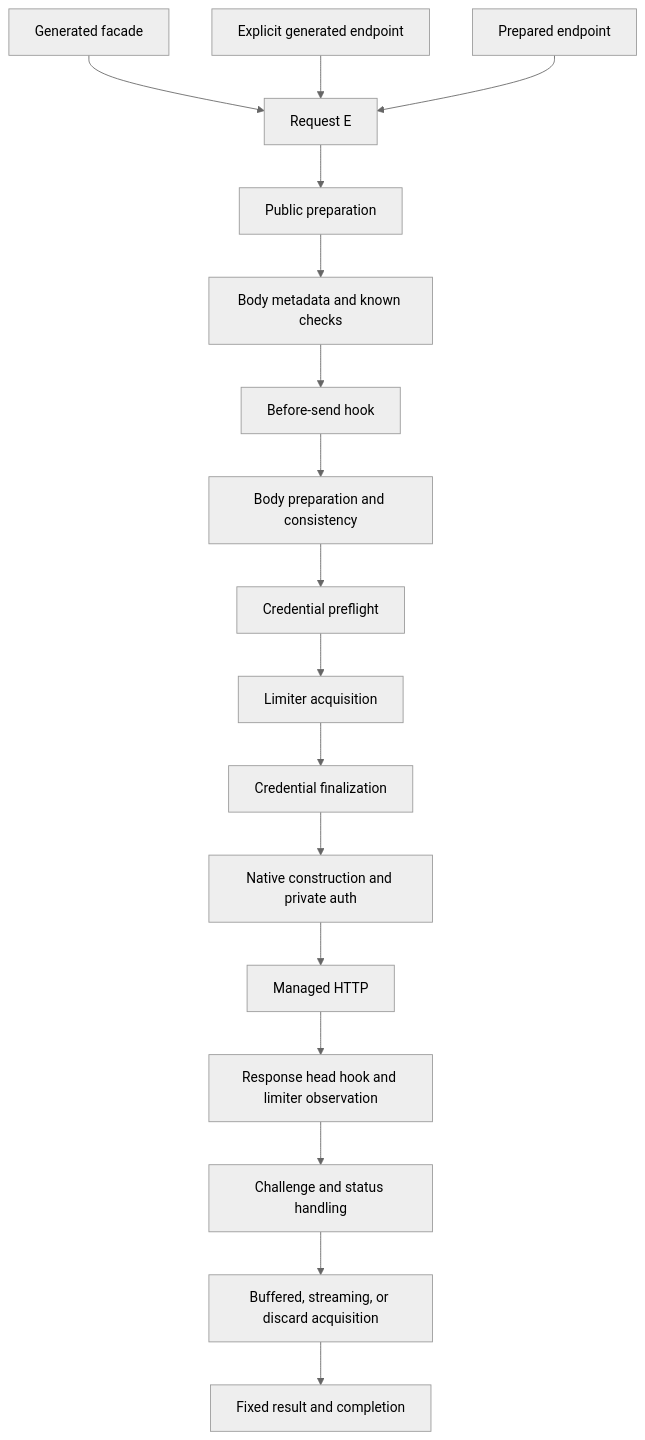
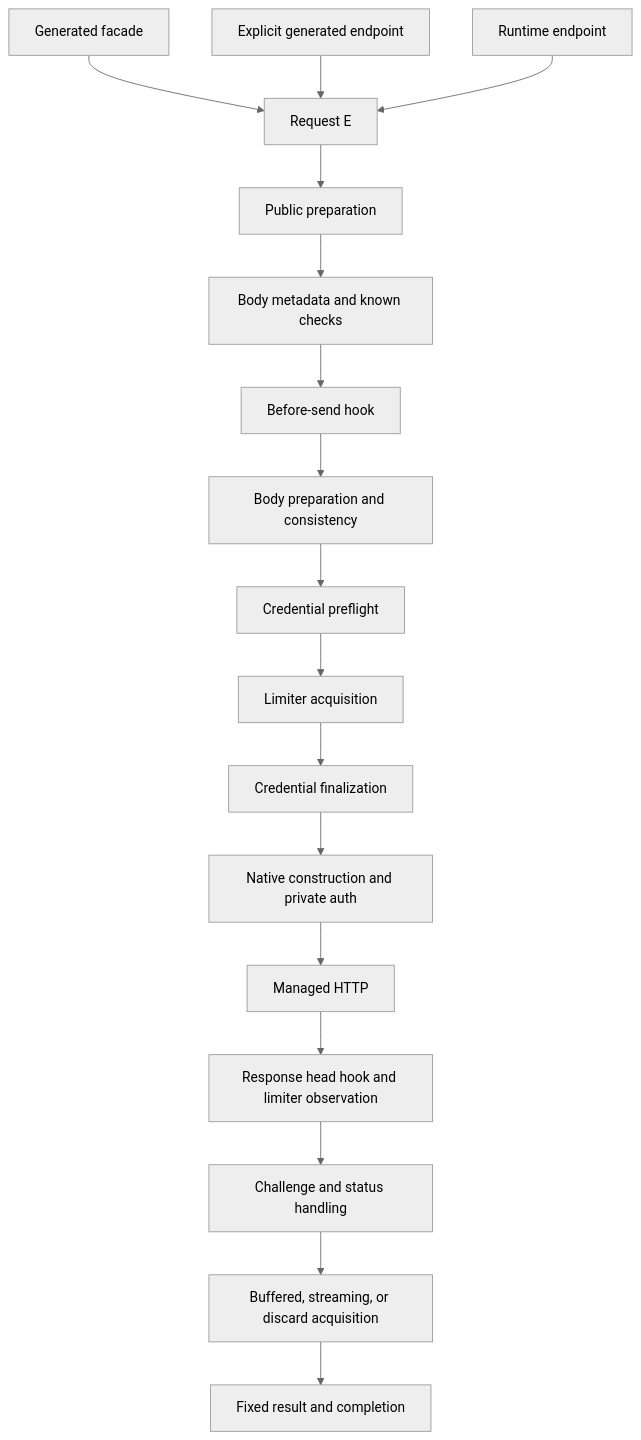
Before and after one commit to gqsnt/concord_api: the first of 3 diagrams in docs/concepts/design-and-lifecycle.md, drawn with Mermaid (neutral theme). The commit also changed other lines of this file and 95 other files, not shown here.

````diff
--- a/docs/concepts/design-and-lifecycle.md
+++ b/docs/concepts/design-and-lifecycle.md
@@ -88,19 +88,19 @@
 ```mermaid
 flowchart TD
     A[Generated facade] --> D[Request E]
     B[Explicit generated endpoint] --> D
-    C[Prepared endpoint] --> D
+    C[Runtime endpoint] --> D
     D --> E[Public preparation]
     E --> F[Body metadata and known checks]
     F --> G[Before-send hook]
     G --> H[Body preparation and consistency]
     H --> I[Credential preflight]
     I --> J[Limiter acquisition]
     J --> K[Credential finalization]
     K --> L[Native construction and private auth]
     L --> M[Managed HTTP]
     M --> N[Response head hook and limiter observation]
     N --> O[Challenge and status handling]
     O --> P[Buffered, streaming, or discard acquisition]
     P --> Q[Fixed result and completion]
 ```
````
